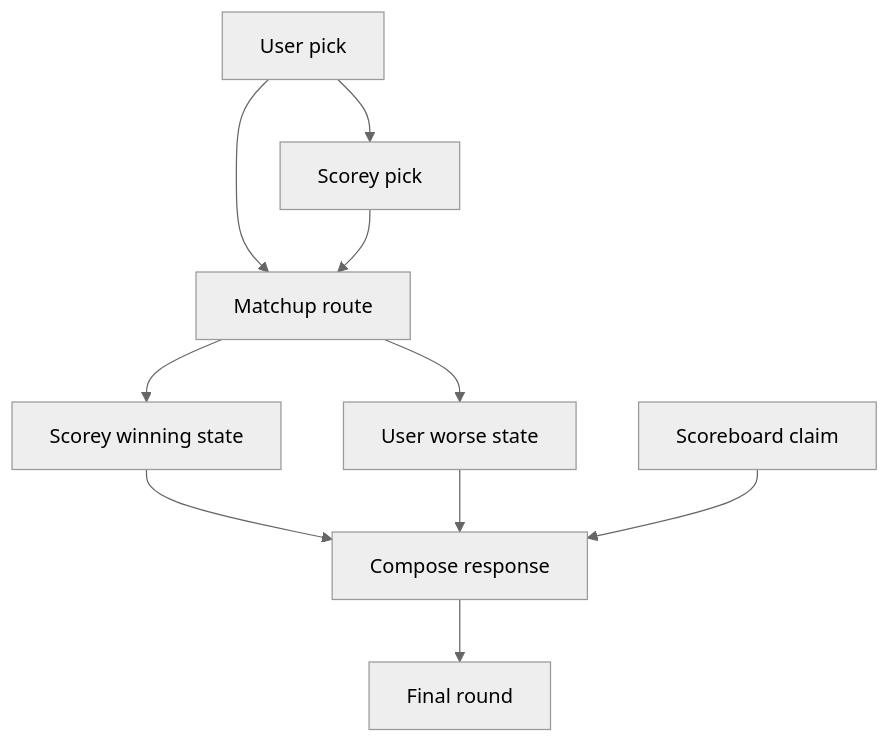
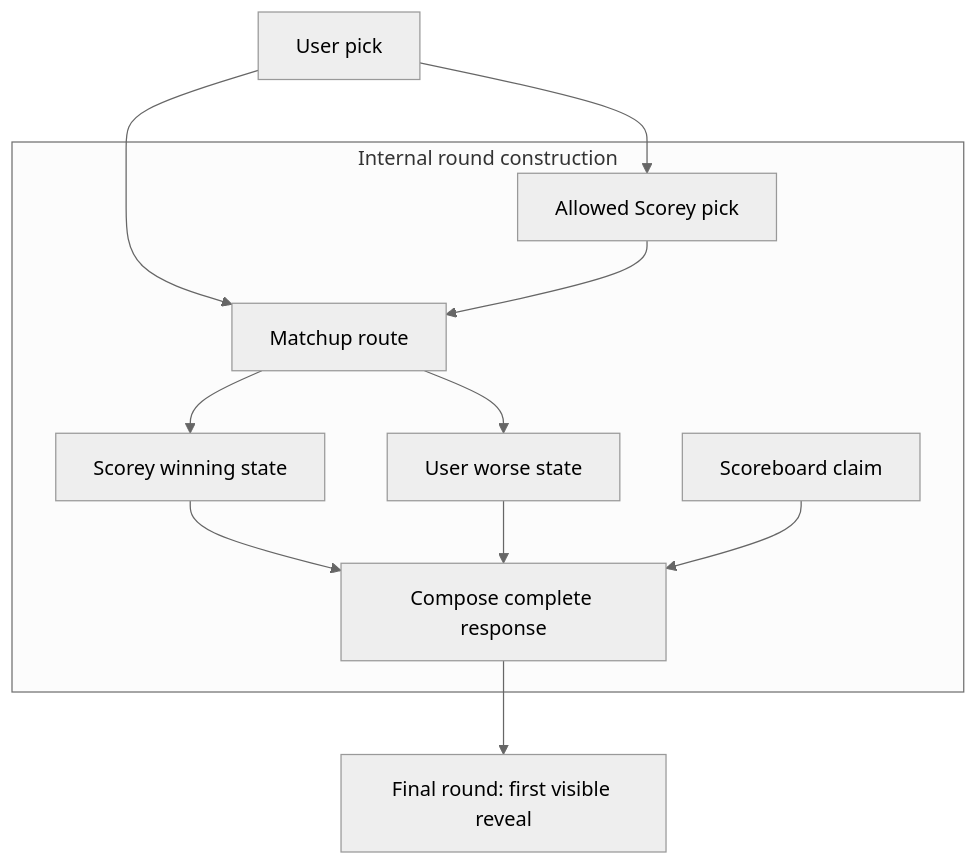
Before and after one commit to tryskian/scorey: the first of 3 diagrams in docs/diagrams/PIPELINE.md, drawn with Mermaid (neutral theme). The commit also changed other lines of this file and 11 other files, not shown here.

Commit message:
feat: align pulse contract and round flow (#103)

````diff
--- a/docs/diagrams/PIPELINE.md
+++ b/docs/diagrams/PIPELINE.md
@@ -11,21 +11,24 @@
 ```mermaid
 flowchart TD
   A["User pick"]
-  B["Scorey pick"]
-  C["Matchup route"]
-  D["Scorey winning state"]
-  E["User worse state"]
-  F["Scoreboard claim"]
-  H["Compose response"]
-  I["Final round"]
+  I["Final round: first visible reveal"]
+
+  subgraph INTERNAL["Internal round construction"]
+    B["Allowed Scorey pick"]
+    C["Matchup route"]
+    D["Scorey winning state"]
+    E["User worse state"]
+    F["Scoreboard claim"]
+    H["Compose complete response"]
+  end
 
   A --> B
   A --> C
   B --> C
   C --> D
   C --> E
   D --> H
   E --> H
   F --> H
   H --> I
 ```
````
